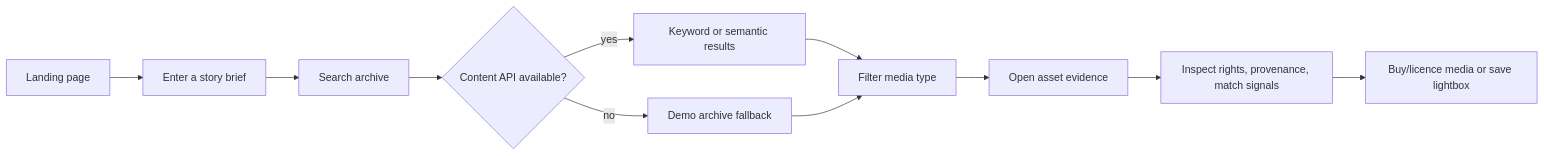
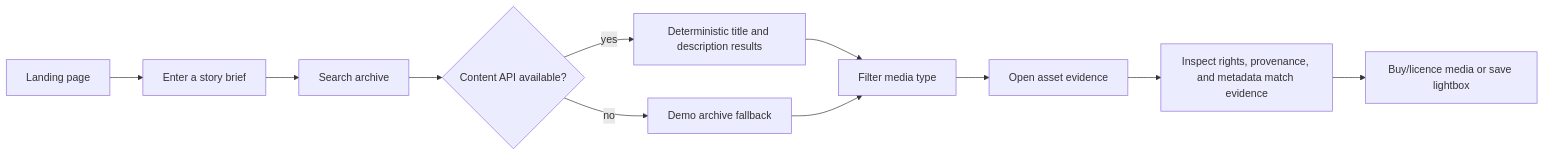
The first of 6 diagrams in docs/ux-process-flows.md (MutatioStrategic/WeDoCMS), drawn with Mermaid before and after one commit. The commit also changed other lines of this file and 110 other files, not shown here.

````diff
--- a/docs/ux-process-flows.md
+++ b/docs/ux-process-flows.md
@@ -23,13 +23,13 @@
 ```mermaid
 flowchart LR
   A[Landing page] --> B[Enter a story brief]
   B --> C[Search archive]
   C --> D{Content API available?}
-  D -->|yes| E[Keyword or semantic results]
+  D -->|yes| E[Deterministic title and description results]
   D -->|no| F[Demo archive fallback]
   E --> G[Filter media type]
   F --> G
   G --> H[Open asset evidence]
-  H --> I[Inspect rights, provenance, match signals]
+  H --> I[Inspect rights, provenance, and metadata match evidence]
   I --> J[Buy/licence media or save lightbox]
 ```
````
